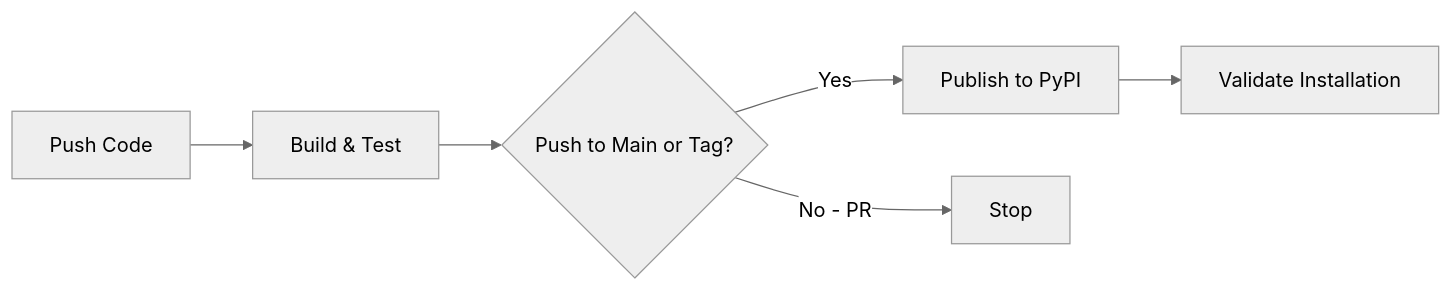
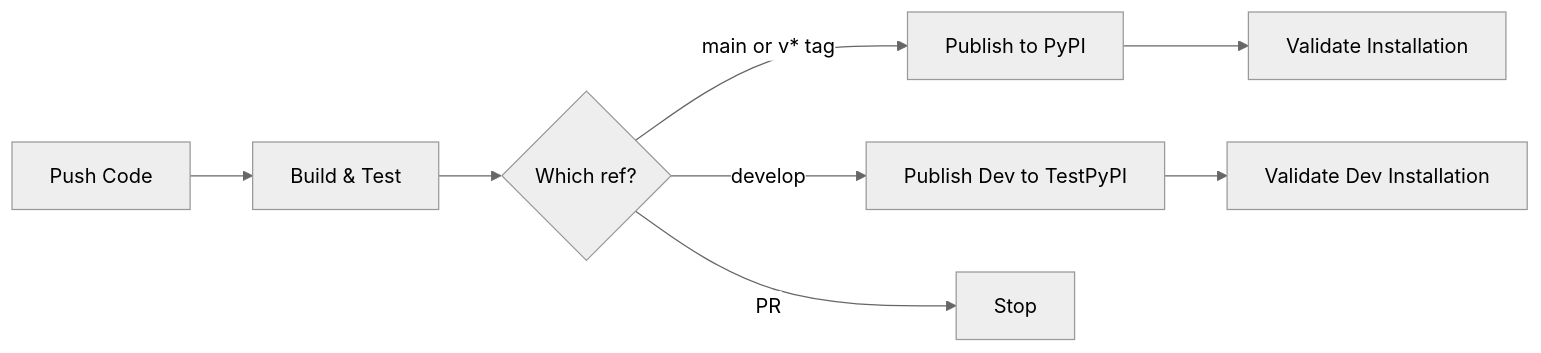
Before and after one commit to TheViziusGroup/azure-bootstrap: the diagram in CLAUDE.md, drawn with Mermaid (neutral theme). The commit also changed other lines of this file and 4 other files, not shown here.

````diff
--- a/CLAUDE.md
+++ b/CLAUDE.md
@@ -720,8 +721,10 @@
 ```mermaid
 graph LR
     A[Push Code] --> B[Build & Test]
-    B --> C{Push to Main or Tag?}
-    C -->|Yes| D[Publish to PyPI]
-    C -->|No - PR| E[Stop]
+    B --> C{Which ref?}
+    C -->|main or v* tag| D[Publish to PyPI]
+    C -->|develop| G[Publish Dev to TestPyPI]
+    C -->|PR| E[Stop]
     D --> F[Validate Installation]
+    G --> H[Validate Dev Installation]
 ```
````
